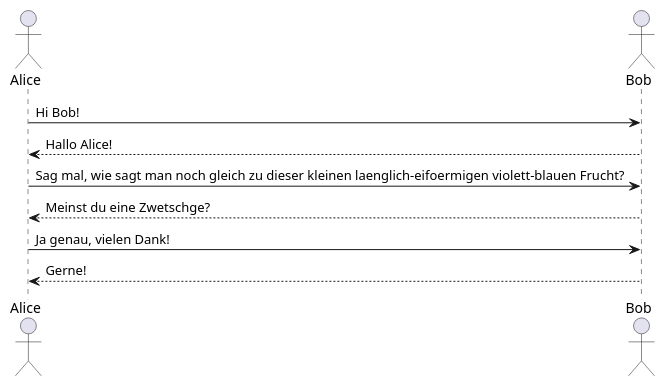
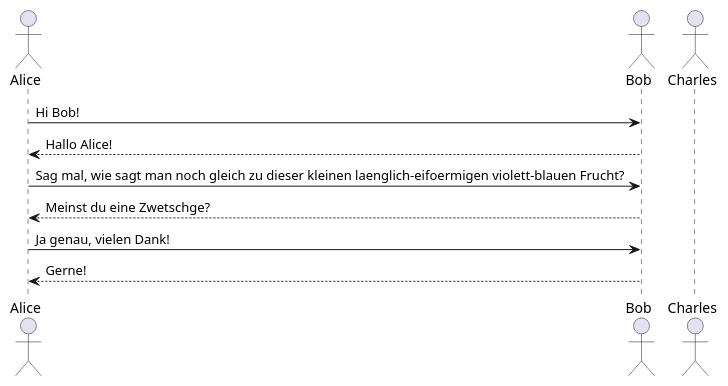
Before and after one commit to harcomaase/lsp-gpt: the diagram in assets/thesis/example-sequence.puml, drawn with PlantUML. The commit also changed 7 other files, not shown here.

```diff
--- a/assets/thesis/example-sequence.puml
+++ b/assets/thesis/example-sequence.puml
@@ -1,13 +1,15 @@
 @startuml example-sequence
 
 actor Alice as a
 actor Bob as b
+actor Charles as c
 
 a -> b : Hi Bob!
 b --> a : Hallo Alice!
+
 a -> b : Sag mal, wie sagt man noch gleich zu dieser kleinen laenglich-eifoermigen violett-blauen Frucht?
 b --> a : Meinst du eine Zwetschge?
 a -> b : Ja genau, vielen Dank!
 b --> a : Gerne!
 
 @enduml
```
